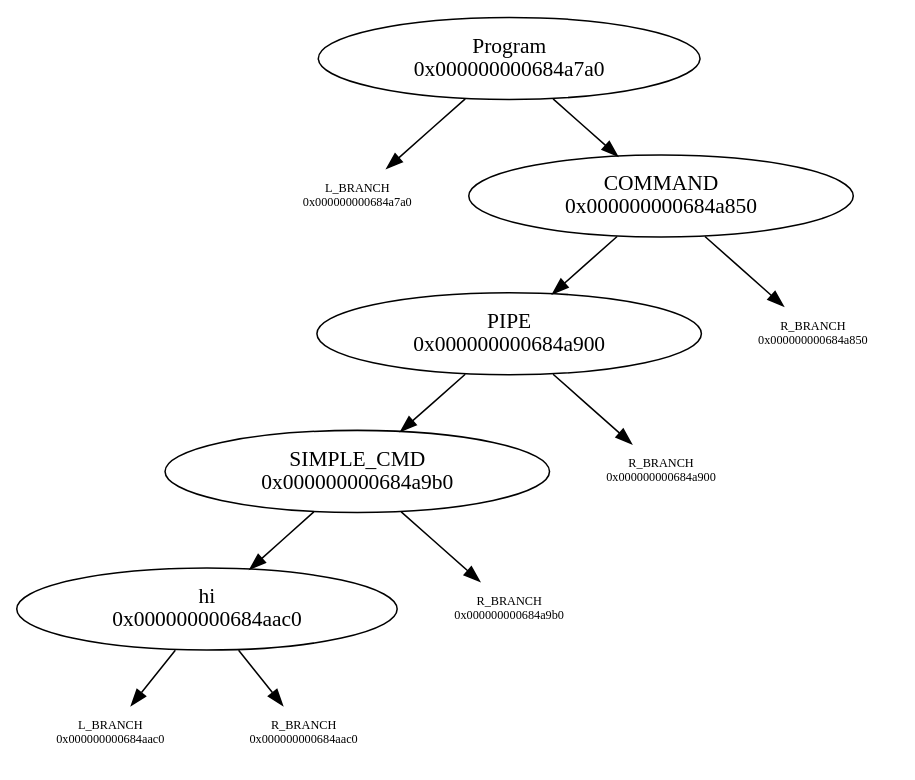
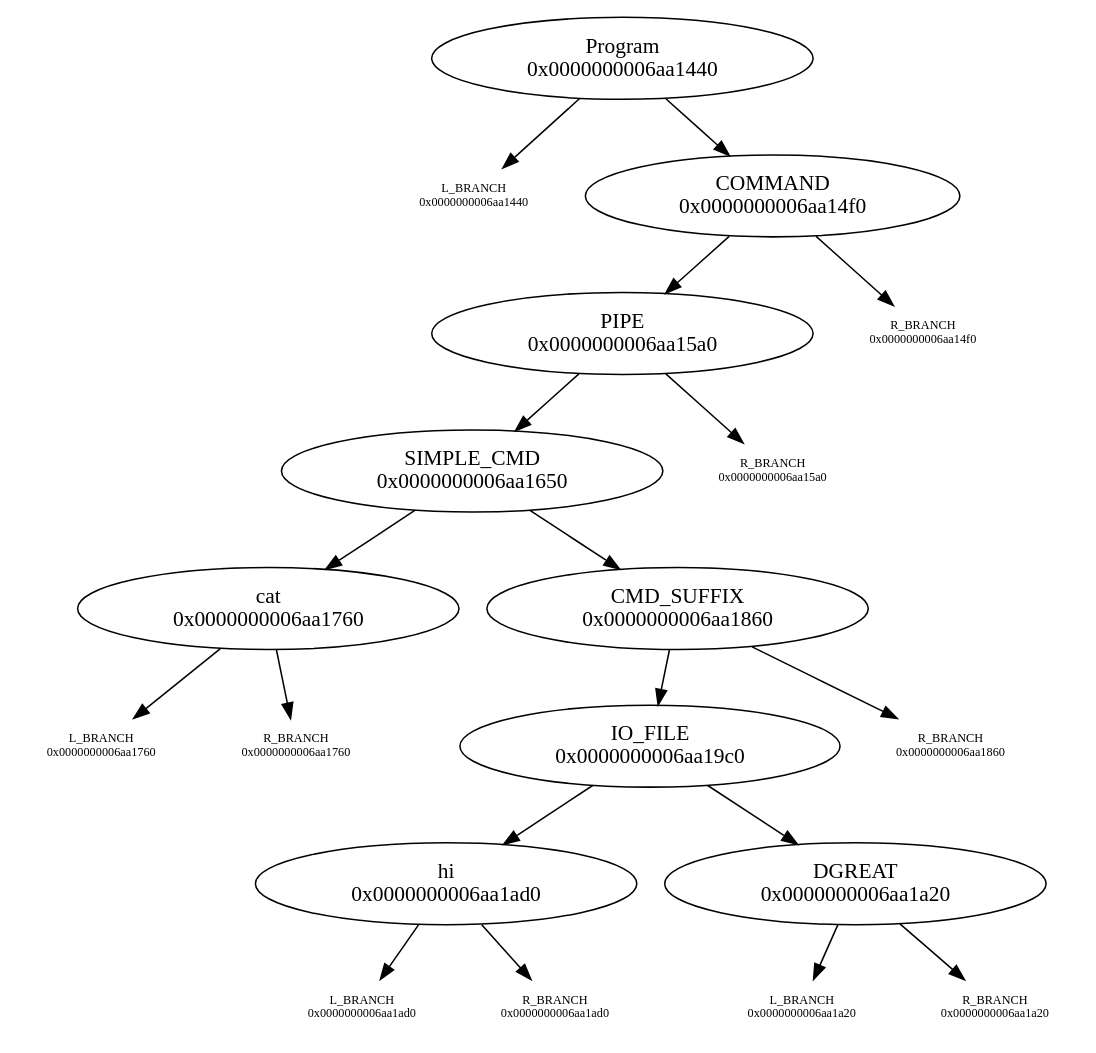
Before and after one commit to N-4-Nina/Minishell: the diagram in graph.dot, drawn with Graphviz. The commit also changed 27 other files, not shown here.

```diff
--- a/graph.dot
+++ b/graph.dot
@@ -1,19 +1,31 @@
 digraph graphname {
-"Program\n0x000000000684a7a0" -> "L_BRANCH\n0x000000000684a7a0";
-"L_BRANCH\n0x000000000684a7a0" [shape=none fontsize=8]
-"Program\n0x000000000684a7a0" -> "COMMAND\n0x000000000684a850";
-"COMMAND\n0x000000000684a850" -> "PIPE\n0x000000000684a900";
-"COMMAND\n0x000000000684a850" -> "R_BRANCH\n0x000000000684a850";
-"R_BRANCH\n0x000000000684a850" [shape=none fontsize=8]
-"PIPE\n0x000000000684a900" -> "SIMPLE_CMD\n0x000000000684a9b0";
-"PIPE\n0x000000000684a900" -> "R_BRANCH\n0x000000000684a900";
-"R_BRANCH\n0x000000000684a900" [shape=none fontsize=8]
-"SIMPLE_CMD\n0x000000000684a9b0" -> "hi\n0x000000000684aac0";
-"SIMPLE_CMD\n0x000000000684a9b0" -> "R_BRANCH\n0x000000000684a9b0";
-"R_BRANCH\n0x000000000684a9b0" [shape=none fontsize=8]
-"hi\n0x000000000684aac0" -> "L_BRANCH\n0x000000000684aac0";
-"L_BRANCH\n0x000000000684aac0" [shape=none fontsize=8]
-"hi\n0x000000000684aac0" -> "R_BRANCH\n0x000000000684aac0";
-"R_BRANCH\n0x000000000684aac0" [shape=none fontsize=8]
+"Program\n0x0000000006aa1440" -> "L_BRANCH\n0x0000000006aa1440";
+"L_BRANCH\n0x0000000006aa1440" [shape=none fontsize=8]
+"Program\n0x0000000006aa1440" -> "COMMAND\n0x0000000006aa14f0";
+"COMMAND\n0x0000000006aa14f0" -> "PIPE\n0x0000000006aa15a0";
+"COMMAND\n0x0000000006aa14f0" -> "R_BRANCH\n0x0000000006aa14f0";
+"R_BRANCH\n0x0000000006aa14f0" [shape=none fontsize=8]
+"PIPE\n0x0000000006aa15a0" -> "SIMPLE_CMD\n0x0000000006aa1650";
+"PIPE\n0x0000000006aa15a0" -> "R_BRANCH\n0x0000000006aa15a0";
+"R_BRANCH\n0x0000000006aa15a0" [shape=none fontsize=8]
+"SIMPLE_CMD\n0x0000000006aa1650" -> "cat\n0x0000000006aa1760";
+"SIMPLE_CMD\n0x0000000006aa1650" -> "CMD_SUFFIX\n0x0000000006aa1860";
+"cat\n0x0000000006aa1760" -> "L_BRANCH\n0x0000000006aa1760";
+"L_BRANCH\n0x0000000006aa1760" [shape=none fontsize=8]
+"cat\n0x0000000006aa1760" -> "R_BRANCH\n0x0000000006aa1760";
+"R_BRANCH\n0x0000000006aa1760" [shape=none fontsize=8]
+"CMD_SUFFIX\n0x0000000006aa1860" -> "IO_FILE\n0x0000000006aa19c0";
+"CMD_SUFFIX\n0x0000000006aa1860" -> "R_BRANCH\n0x0000000006aa1860";
+"R_BRANCH\n0x0000000006aa1860" [shape=none fontsize=8]
+"IO_FILE\n0x0000000006aa19c0" -> "hi\n0x0000000006aa1ad0";
+"IO_FILE\n0x0000000006aa19c0" -> "DGREAT\n0x0000000006aa1a20";
+"hi\n0x0000000006aa1ad0" -> "L_BRANCH\n0x0000000006aa1ad0";
+"L_BRANCH\n0x0000000006aa1ad0" [shape=none fontsize=8]
+"hi\n0x0000000006aa1ad0" -> "R_BRANCH\n0x0000000006aa1ad0";
+"R_BRANCH\n0x0000000006aa1ad0" [shape=none fontsize=8]
+"DGREAT\n0x0000000006aa1a20" -> "L_BRANCH\n0x0000000006aa1a20";
+"L_BRANCH\n0x0000000006aa1a20" [shape=none fontsize=8]
+"DGREAT\n0x0000000006aa1a20" -> "R_BRANCH\n0x0000000006aa1a20";
+"R_BRANCH\n0x0000000006aa1a20" [shape=none fontsize=8]
 
 }
```
